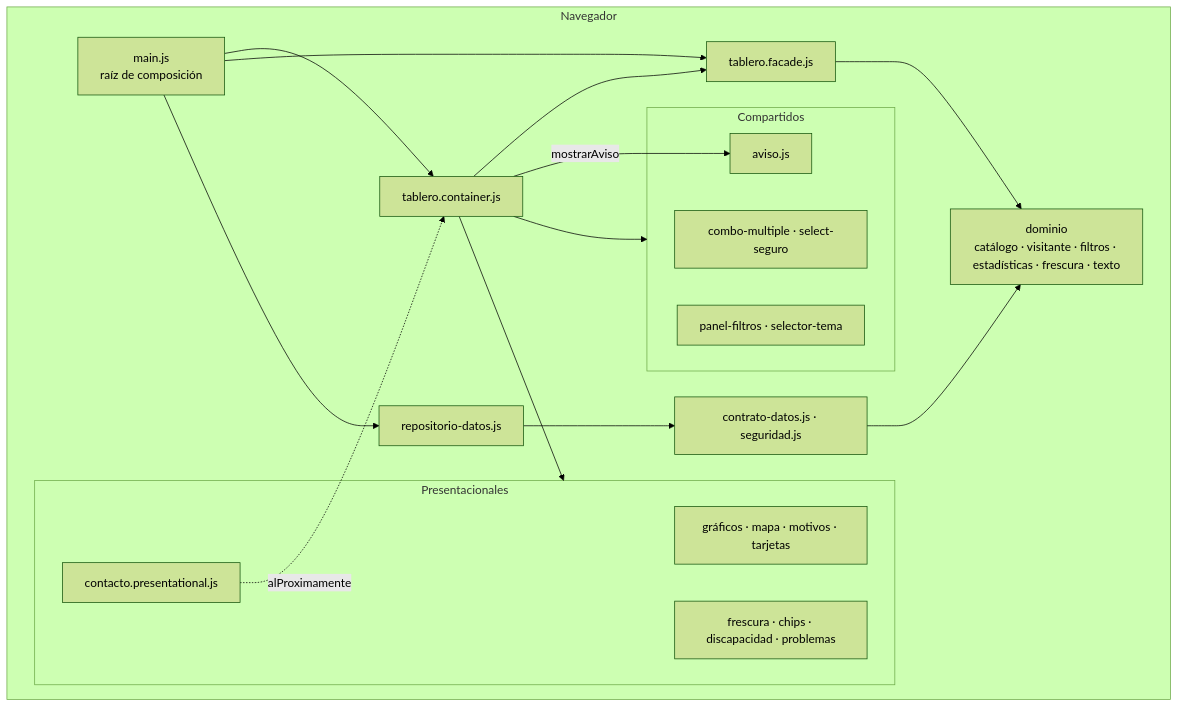
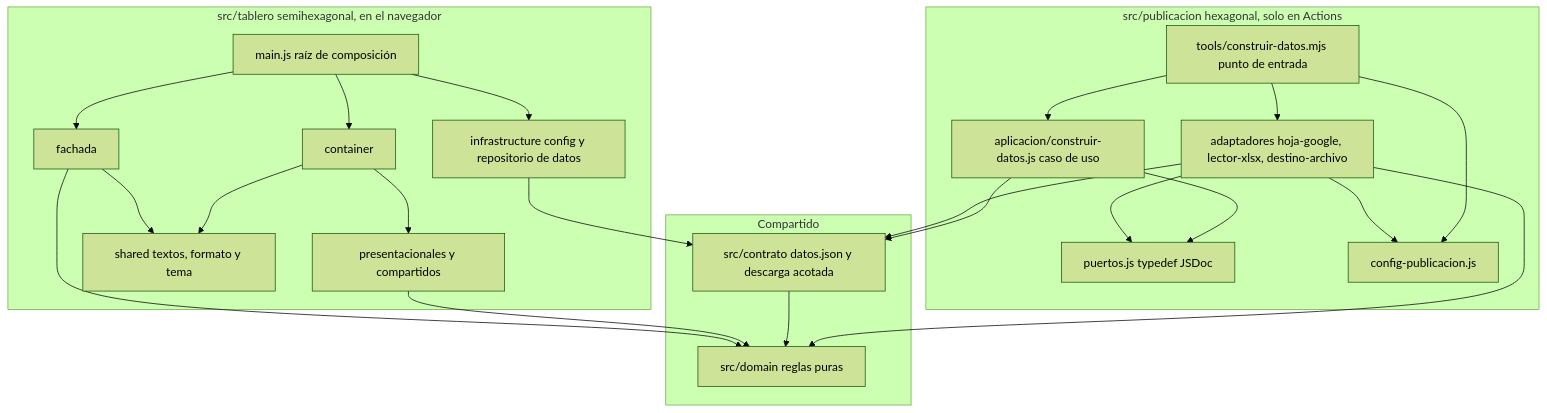
The first of 2 diagrams in docs/arquitectura.md (Alexis-VsCode/turismo-patate), drawn with Mermaid (forest theme) before and after one commit. The commit also changed other lines of this file and 21 other files, not shown here.

Commit message:
docs: documentación de la versión 2.9 con la arquitectura nueva, la ADR 010, diagramas Mermaid, filtros facetados, protección de la hoja y avisos del lector

````diff
--- a/docs/arquitectura.md
+++ b/docs/arquitectura.md
@@ -9,26 +16,41 @@
 ```mermaid
 flowchart TB
-    subgraph Navegador
-        M[main.js<br/>raíz de composición] --> C[tablero.container.js]
-        M --> F[tablero.facade.js]
-        M --> R[repositorio-datos.js]
-        C --> F
-        subgraph PRES[Presentacionales]
-            P1[gráficos · mapa · motivos · tarjetas]
-            P2[frescura · chips · discapacidad · problemas]
-            P3[contacto.presentational.js]
-        end
-        subgraph COMP[Compartidos]
-            K1[combo-multiple · select-seguro]
-            K2[panel-filtros · selector-tema]
-            K3[aviso.js]
-        end
-        C --> PRES
-        C --> COMP
-        P3 -. "alProximamente" .-> C
-        C -- "mostrarAviso" --> K3
-        F --> D[dominio<br/>catálogo · visitante · filtros · estadísticas · frescura · texto]
-        R --> I[contrato-datos.js · seguridad.js]
-        I --> D
+    subgraph Compartido
+        D[src/domain reglas puras]
+        C[src/contrato datos.json y descarga acotada]
     end
+    subgraph Publicacion[src/publicacion hexagonal, solo en Actions]
+        T[tools/construir-datos.mjs punto de entrada]
+        UC[aplicacion/construir-datos.js caso de uso]
+        P[puertos.js typedef JSDoc]
+        A[adaptadores hoja-google, lector-xlsx, destino-archivo]
+        CP[config-publicacion.js]
+    end
+    subgraph Tablero[src/tablero semihexagonal, en el navegador]
+        M[main.js raíz de composición]
+        K[container]
+        PR[presentacionales y compartidos]
+        F[fachada]
+        I[infrastructure config y repositorio de datos]
+        S[shared textos, formato y tema]
+    end
+    T --> UC
+    T --> A
+    T --> CP
+    UC --> P
+    A --> P
+    A --> CP
+    UC --> C
+    A --> C
+    A --> D
+    C --> D
+    M --> K
+    M --> F
+    M --> I
+    K --> PR
+    K --> S
+    PR --> D
+    F --> D
+    F --> S
+    I --> C
 ```
````
